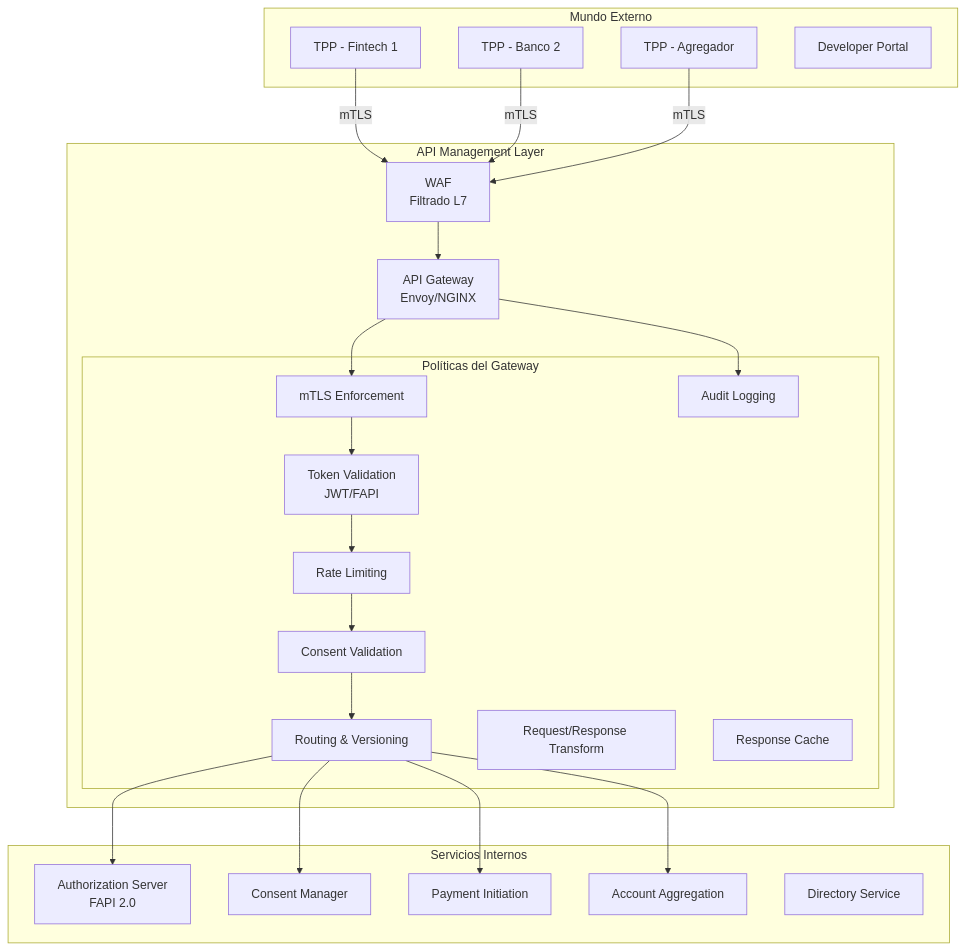
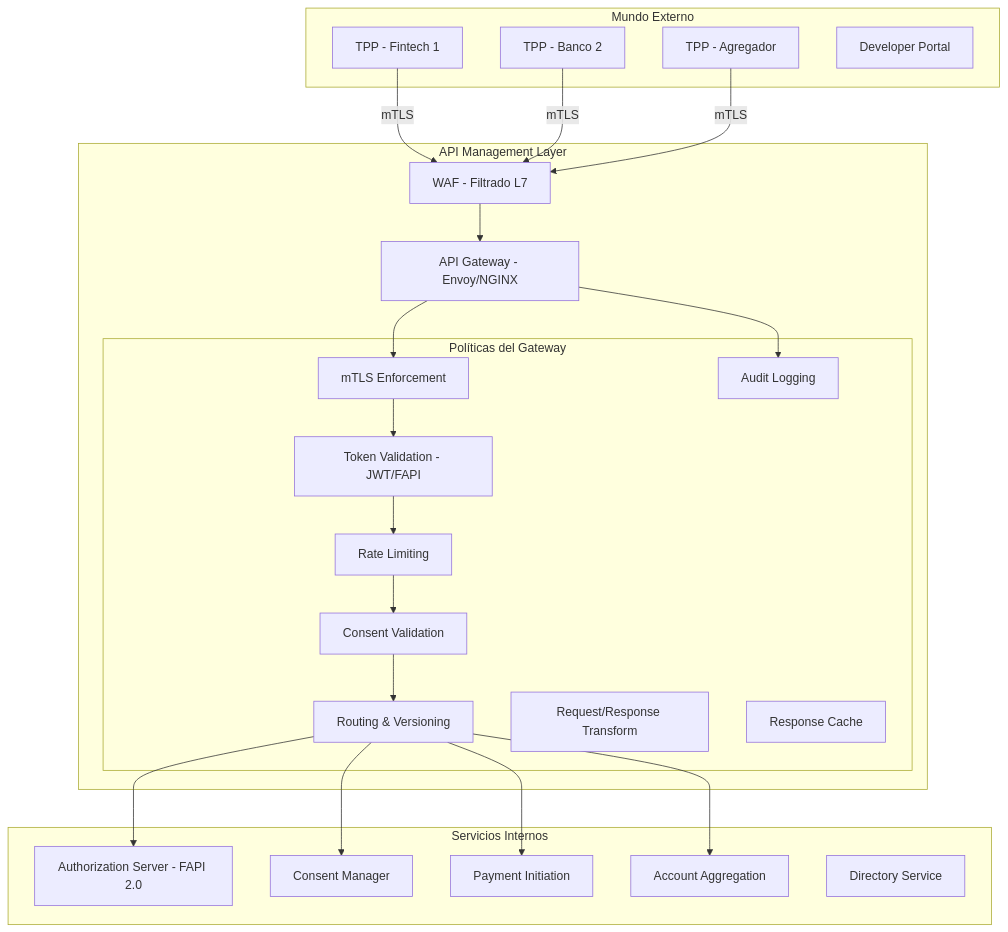
One commit to somospragma/integration-consent-manager changed the first of 7 diagrams in docs/architecture/api-management-services.md. Above: the diagram before and after it, drawn with Mermaid. The commit also changed other lines of this file and 9 other files, not shown here.

Commit message:
fix: corregir diagramas Mermaid - quitar paréntesis y \n incompatibles con GitHub

````diff
--- a/docs/architecture/api-management-services.md
+++ b/docs/architecture/api-management-services.md
@@ -7,48 +7,48 @@
 ```mermaid
 graph TB
     subgraph "Mundo Externo"
         TPP1[TPP - Fintech 1]
         TPP2[TPP - Banco 2]
         TPP3[TPP - Agregador]
         DEV[Developer Portal]
     end
 
     subgraph "API Management Layer"
-        WAF[WAF\nFiltrado L7]
-        GW[API Gateway\nEnvoy/NGINX]
+        WAF[WAF - Filtrado L7]
+        GW[API Gateway - Envoy/NGINX]
         
         subgraph "Políticas del Gateway"
             MTLS[mTLS Enforcement]
-            TOKEN[Token Validation\nJWT/FAPI]
+            TOKEN[Token Validation - JWT/FAPI]
             RATE[Rate Limiting]
             CONSENT_CHECK[Consent Validation]
             ROUTE[Routing & Versioning]
             TRANSFORM[Request/Response Transform]
             LOG[Audit Logging]
             CACHE_GW[Response Cache]
         end
     end
 
     subgraph "Servicios Internos"
-        AS[Authorization Server\nFAPI 2.0]
+        AS[Authorization Server - FAPI 2.0]
         CM[Consent Manager]
         PI[Payment Initiation]
         AA[Account Aggregation]
         DIR[Directory Service]
     end
 
     TPP1 -->|mTLS| WAF
     TPP2 -->|mTLS| WAF
     TPP3 -->|mTLS| WAF
     WAF --> GW
     GW --> MTLS
     MTLS --> TOKEN
     TOKEN --> RATE
     RATE --> CONSENT_CHECK
     CONSENT_CHECK --> ROUTE
     ROUTE --> AS
     ROUTE --> CM
     ROUTE --> PI
     ROUTE --> AA
     GW --> LOG
 ```
````
